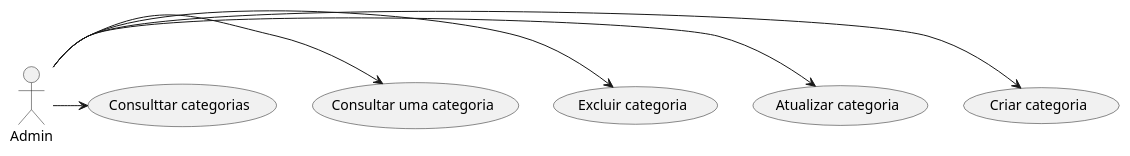
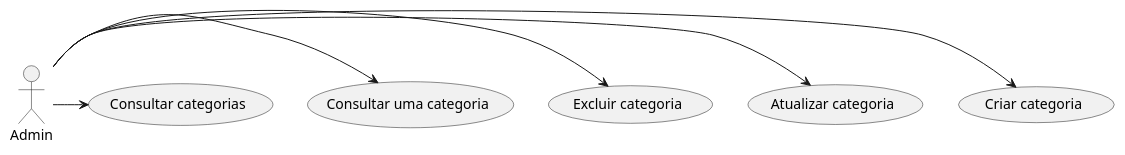
The diagram in uml/usecases/category.usercase.puml (caiochavez/codeflix-micro-video-catalog-admin), drawn with PlantUML before and after one commit.

Commit message:
fix: uml > category usecase

```diff
--- a/uml/usecases/category.usercase.puml
+++ b/uml/usecases/category.usercase.puml
@@ -1,9 +1,9 @@
 @startuml
 
 :Admin: -> (Criar categoria)
 :Admin: -> (Atualizar categoria)
 :Admin: -> (Excluir categoria)
 :Admin: -> (Consultar uma categoria)
-:Admin: -> (Consulttar categorias)
+:Admin: -> (Consultar categorias)
 
 @enduml
```
